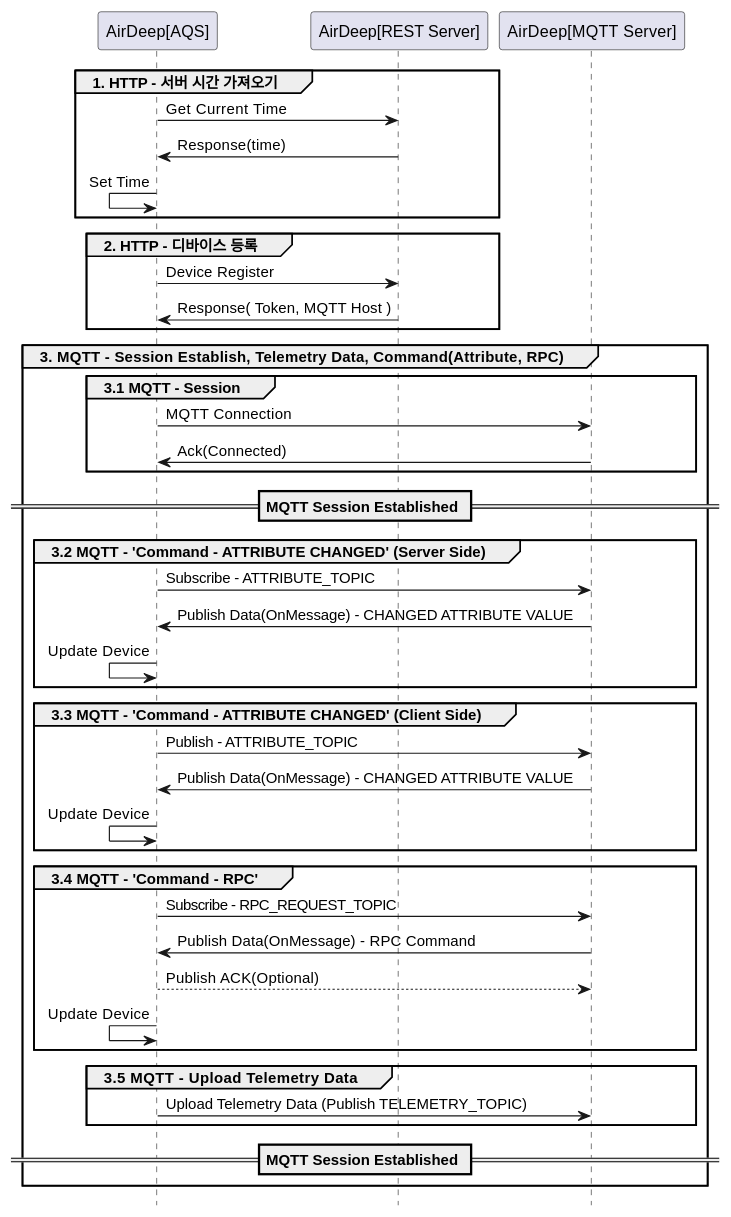
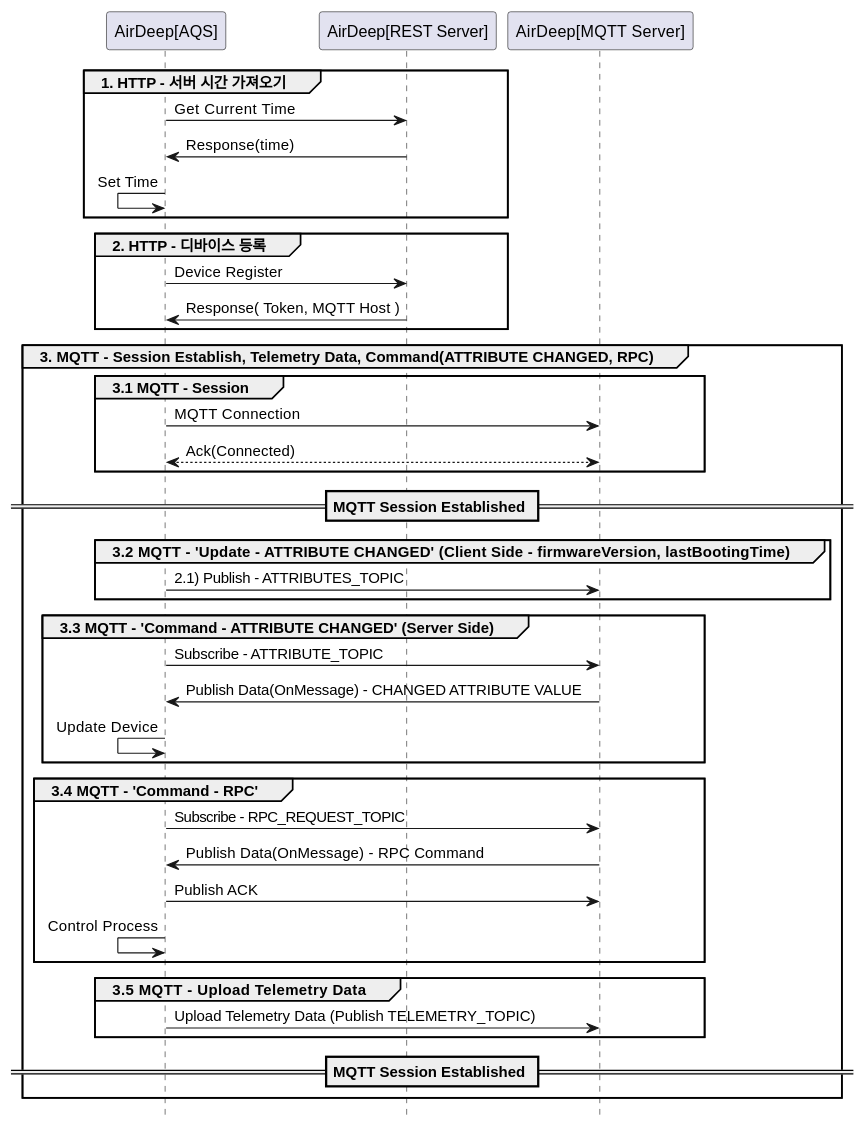
Before and after one commit to RTdataLab/DE-ADeep-API-Guide: the first of 3 diagrams in README.md, drawn with PlantUML. The commit also changed other lines of this file and 7 other files, not shown here.

````diff
--- a/README.md
+++ b/README.md
@@ -47,52 +48,50 @@
   ```plantuml
   @startuml
     participant "AirDeep[AQS]" order 1
     participant "AirDeep[REST Server]" order 2
     participant "AirDeep[MQTT Server]" order 3
     hide footbox
    
     group 1. HTTP - 서버 시간 가져오기
         "AirDeep[AQS]" -> "AirDeep[REST Server]" : Get Current Time
         "AirDeep[AQS]" <- "AirDeep[REST Server]" : Response(time)
         "AirDeep[AQS]" <- "AirDeep[AQS]" : Set Time
     end
     group 2. HTTP - 디바이스 등록
       "AirDeep[AQS]" -> "AirDeep[REST Server]" : Device Register
       "AirDeep[AQS]" <- "AirDeep[REST Server]"  : Response( Token, MQTT Host )
     end
     
-    group 3. MQTT - Session Establish, Telemetry Data, Command(Attribute, RPC)
+    group 3. MQTT - Session Establish, Telemetry Data, Command(ATTRIBUTE CHANGED, RPC)
       group 3.1 MQTT - Session
         "AirDeep[AQS]" -> "AirDeep[MQTT Server]" : MQTT Connection
-        "AirDeep[AQS]" <- "AirDeep[MQTT Server]" : Ack(Connected)
+        "AirDeep[AQS]" <--> "AirDeep[MQTT Server]" : Ack(Connected)
       end
 
       == MQTT Session Established ==
 
-     group 3.2 MQTT - 'Command - ATTRIBUTE CHANGED' (Server Side)
+     group 3.2 MQTT - 'Update - ATTRIBUTE CHANGED' (Client Side - firmwareVersion, lastBootingTime)
+     "AirDeep[AQS]" -> "AirDeep[MQTT Server]" : 2.1) Publish - ATTRIBUTES_TOPIC
+     end
+
+     group 3.3 MQTT - 'Command - ATTRIBUTE CHANGED' (Server Side)
        "AirDeep[AQS]" -> "AirDeep[MQTT Server]" : Subscribe - ATTRIBUTE_TOPIC
        "AirDeep[AQS]" <- "AirDeep[MQTT Server]" : Publish Data(OnMessage) - CHANGED ATTRIBUTE VALUE
-       "AirDeep[AQS]" <- "AirDeep[AQS]" : Update Device 
-     end
-
-     group 3.3 MQTT - 'Command - ATTRIBUTE CHANGED' (Client Side)
-       "AirDeep[AQS]" -> "AirDeep[MQTT Server]" : Publish - ATTRIBUTE_TOPIC
-       "AirDeep[AQS]" <- "AirDeep[MQTT Server]" : Publish Data(OnMessage) - CHANGED ATTRIBUTE VALUE
-       "AirDeep[AQS]" <- "AirDeep[AQS]" : Update Device 
+       "AirDeep[AQS]" <- "AirDeep[AQS]" : Update Device
      end
 
      group 3.4 MQTT - 'Command - RPC'
        "AirDeep[AQS]" -> "AirDeep[MQTT Server]" : Subscribe - RPC_REQUEST_TOPIC
        "AirDeep[AQS]" <- "AirDeep[MQTT Server]" : Publish Data(OnMessage) - RPC Command
-       "AirDeep[AQS]" --> "AirDeep[MQTT Server]" : Publish ACK(Optional)
-       "AirDeep[AQS]" <- "AirDeep[AQS]" : Update Device
+       "AirDeep[AQS]" -> "AirDeep[MQTT Server]" : Publish ACK
+       "AirDeep[AQS]" <- "AirDeep[AQS]" : Control Process
      end
 
      group 3.5 MQTT - Upload Telemetry Data
        "AirDeep[AQS]" -> "AirDeep[MQTT Server]" : Upload Telemetry Data (Publish TELEMETRY_TOPIC)
      end
       
       == MQTT Session Established ==
     end
   @enduml
   ```
````
